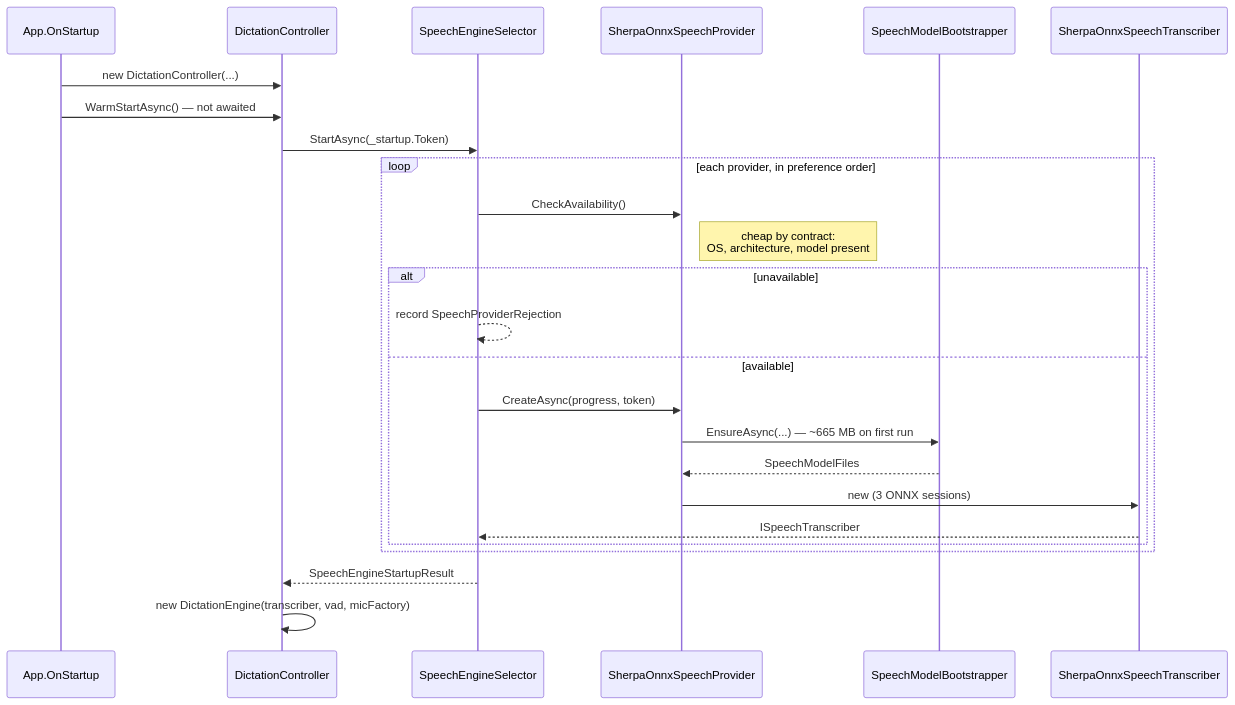
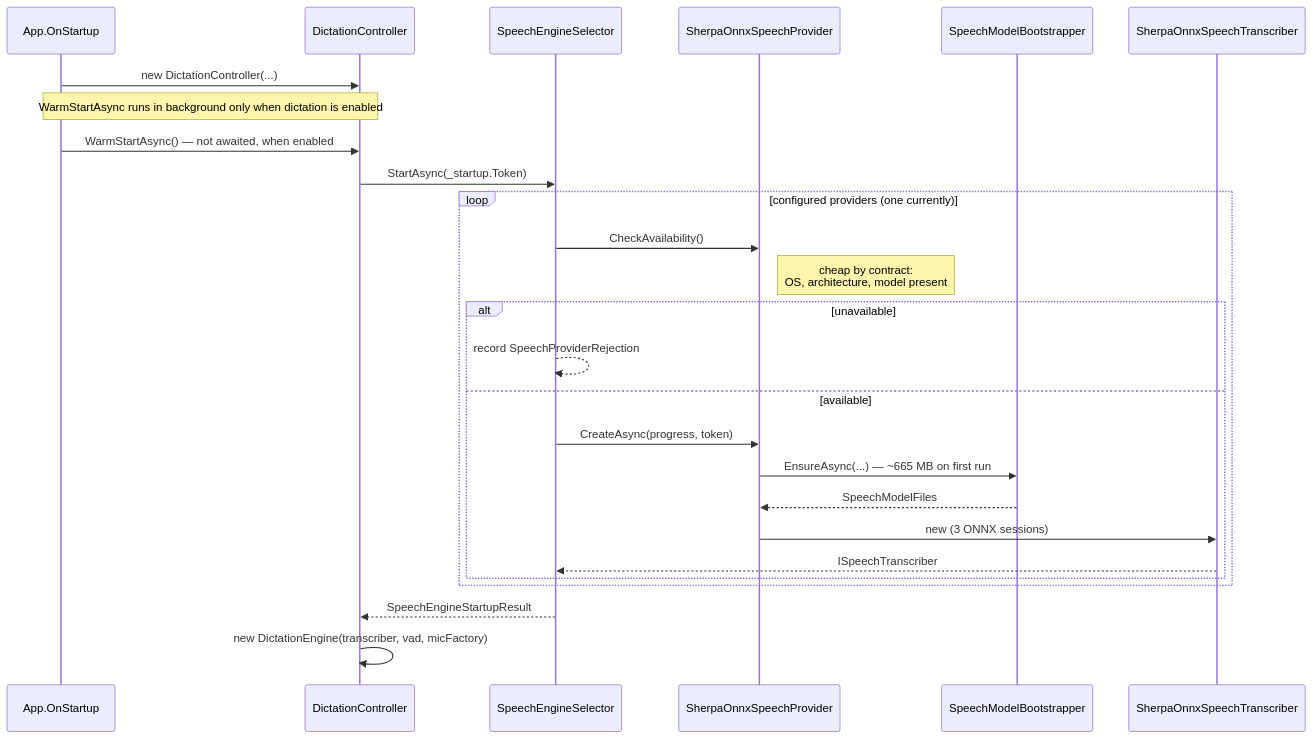
One commit to albigi/SemanticStart changed the second of 5 diagrams in docs/architecture-speech.md. Above: the diagram before and after it, drawn with Mermaid. The commit also changed other lines of this file and 2 other files, not shown here.

Commit message:
Tighten dictation architecture docs (#11)

````diff
--- a/docs/architecture-speech.md
+++ b/docs/architecture-speech.md
@@ -99,28 +99,29 @@
 ```mermaid
 sequenceDiagram
     participant App as App.OnStartup
     participant Ctl as DictationController
     participant Sel as SpeechEngineSelector
     participant Prv as SherpaOnnxSpeechProvider
     participant Boot as SpeechModelBootstrapper
     participant Trn as SherpaOnnxSpeechTranscriber
 
     App->>Ctl: new DictationController(...)
-    App->>Ctl: WarmStartAsync() — not awaited
+    Note over App,Ctl: WarmStartAsync runs in background only when dictation is enabled
+    App->>Ctl: WarmStartAsync() — not awaited, when enabled
     Ctl->>Sel: StartAsync(_startup.Token)
-    loop each provider, in preference order
+    loop configured providers (one currently)
         Sel->>Prv: CheckAvailability()
         Note right of Prv: cheap by contract:<br/>OS, architecture, model present
         alt unavailable
             Sel-->>Sel: record SpeechProviderRejection
         else available
             Sel->>Prv: CreateAsync(progress, token)
             Prv->>Boot: EnsureAsync(...) — ~665 MB on first run
             Boot-->>Prv: SpeechModelFiles
             Prv->>Trn: new (3 ONNX sessions)
             Trn-->>Sel: ISpeechTranscriber
         end
     end
     Sel-->>Ctl: SpeechEngineStartupResult
     Ctl->>Ctl: new DictationEngine(transcriber, vad, micFactory)
 ```
````
